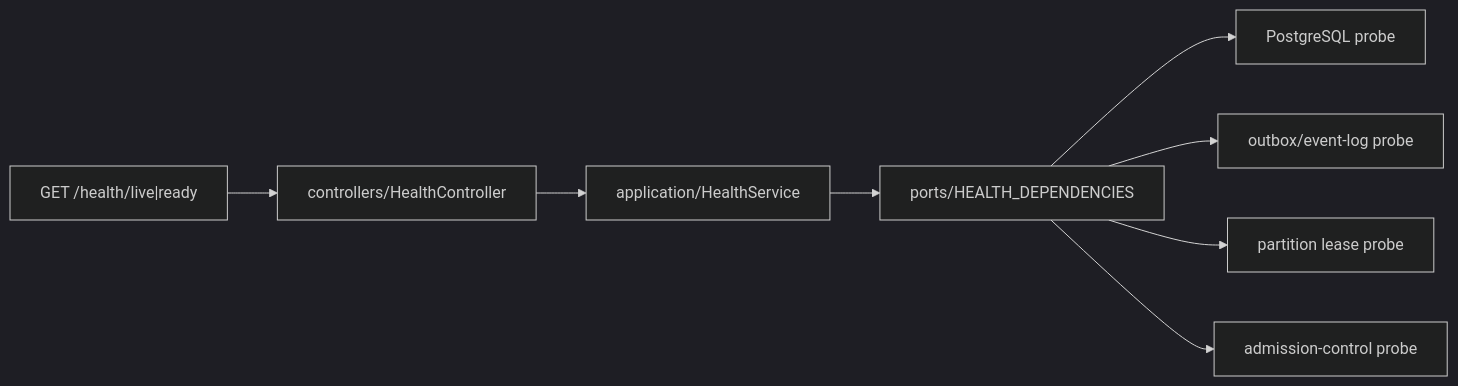
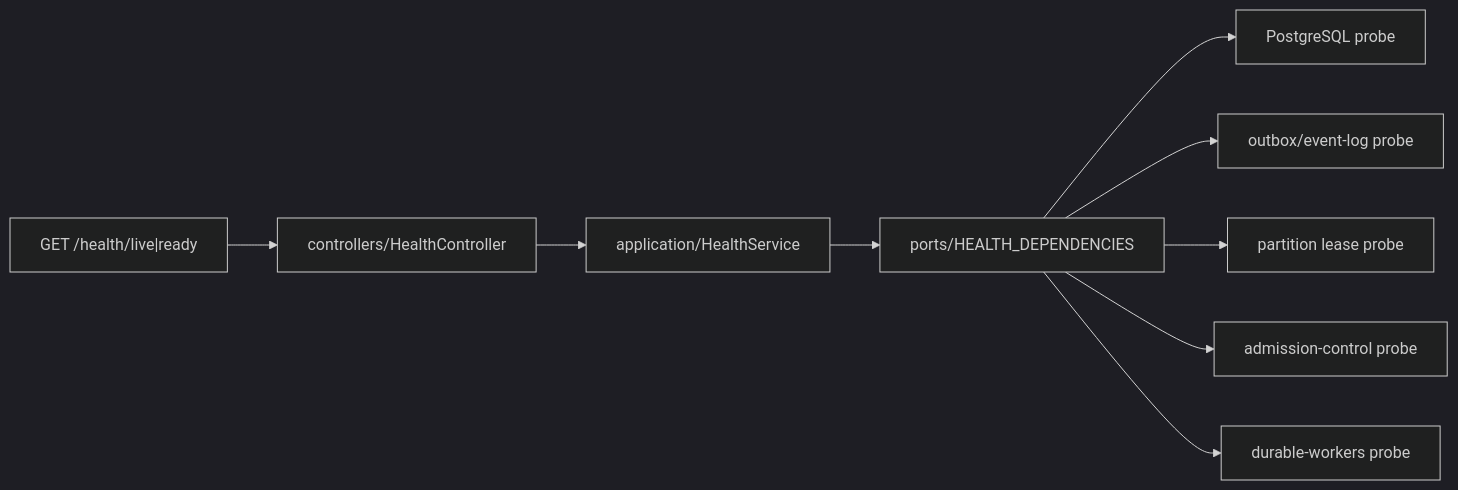
The diagram in apps/backend/src/modules/health/README.md (alekseishmidko/exchanger), drawn with Mermaid (dark theme) before and after one commit. The commit also changed other lines of this file and 75 other files, not shown here.

````diff
--- a/apps/backend/src/modules/health/README.md
+++ b/apps/backend/src/modules/health/README.md
@@ -23,10 +23,11 @@
 ```mermaid
 flowchart LR
   HTTP["GET /health/live|ready"] --> Controller["controllers/HealthController"]
   Controller --> Service["application/HealthService"]
   Service --> Port["ports/HEALTH_DEPENDENCIES"]
   Port --> Db["PostgreSQL probe"]
   Port --> Outbox["outbox/event-log probe"]
   Port --> Lease["partition lease probe"]
   Port --> Admission["admission-control probe"]
+  Port --> Workers["durable-workers probe"]
 ```
````
